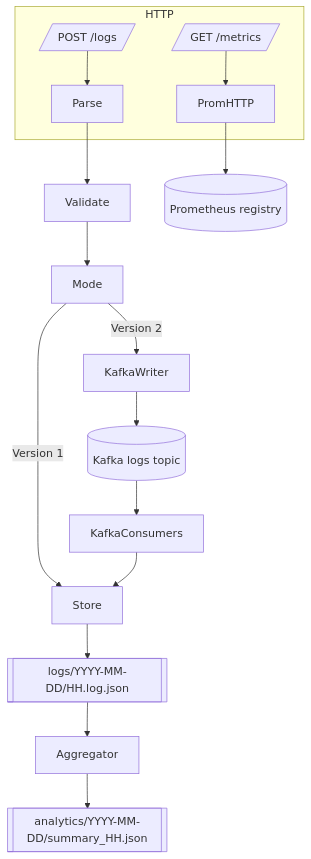
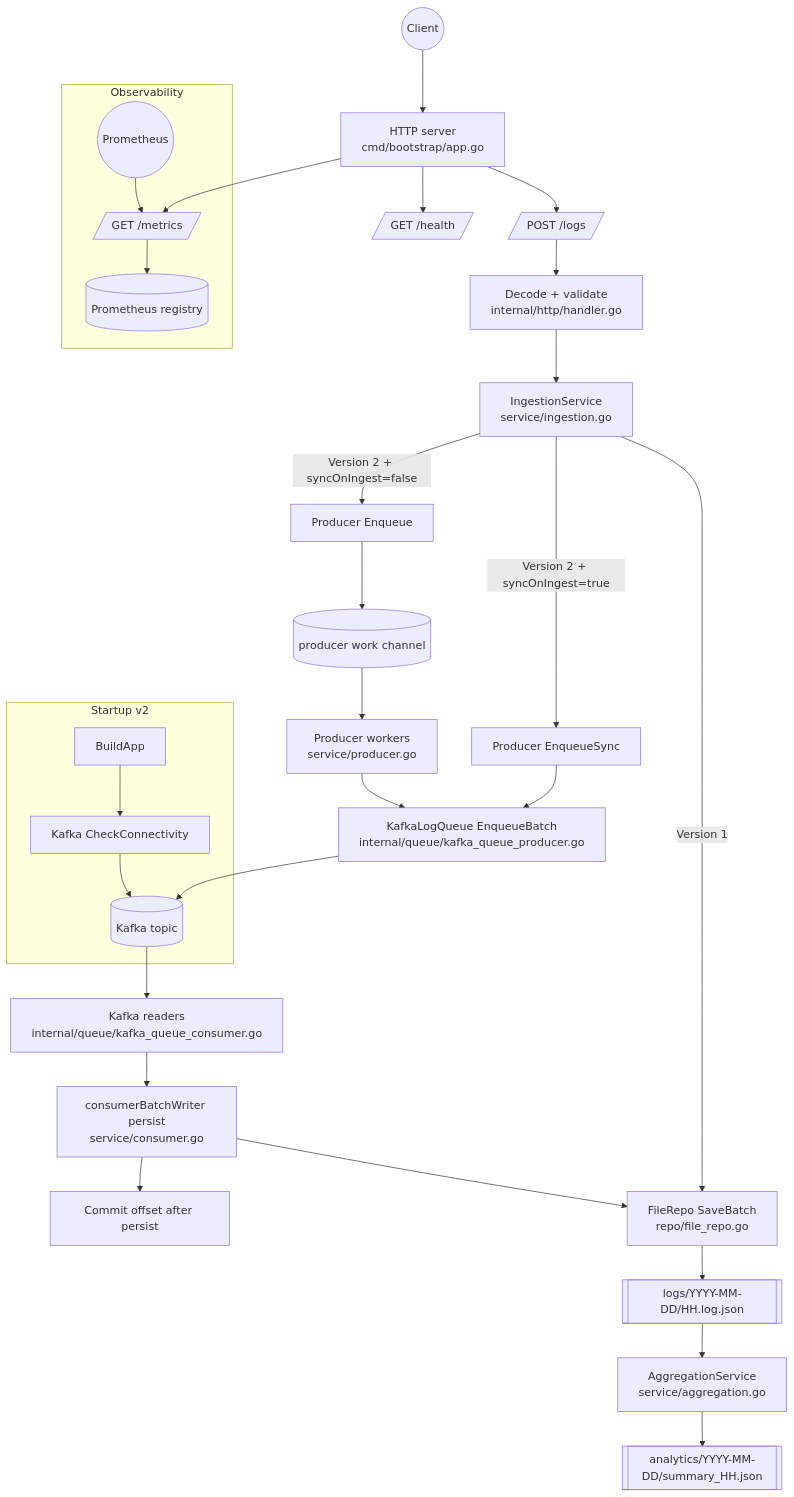
One commit to lechuhuuha/log_forge changed the diagram in README.md. Above: the diagram before and after it, drawn with Mermaid. The commit also changed other lines of this file and 2 other files, not shown here.

Commit message:
docs: refresh interview guide and architecture diagrams

````diff
--- a/README.md
+++ b/README.md
@@ -163,19 +163,40 @@
 ```mermaid
 flowchart TD
-    subgraph HTTP
-        POST[/POST /logs/] --> Parse
-        METRICS[/GET /metrics/] --> PromHTTP
+    Client((Client)) --> API[HTTP server<br/>cmd/bootstrap/app.go]
+    API --> Logs[/POST /logs/]
+    API --> Health[/GET /health/]
+    API --> Metrics[/GET /metrics/]
+
+    Logs --> Decode[Decode + validate<br/>internal/http/handler.go]
+    Decode --> Ingestion[IngestionService<br/>service/ingestion.go]
+
+    Ingestion -->|Version 1| FileRepo[FileRepo SaveBatch<br/>repo/file_repo.go]
+    Ingestion -->|Version 2 + syncOnIngest=true| EnqueueSync[Producer EnqueueSync]
+    Ingestion -->|Version 2 + syncOnIngest=false| EnqueueAsync[Producer Enqueue]
+
+    EnqueueAsync --> WorkCh[(producer work channel)]
+    WorkCh --> Workers[Producer workers<br/>service/producer.go]
+    EnqueueSync --> KafkaWrite[KafkaLogQueue EnqueueBatch<br/>internal/queue/kafka_queue_producer.go]
+    Workers --> KafkaWrite
+    KafkaWrite --> Topic[(Kafka topic)]
+
+    Topic --> Readers[Kafka readers<br/>internal/queue/kafka_queue_consumer.go]
+    Readers --> Writer[consumerBatchWriter persist<br/>service/consumer.go]
+    Writer --> FileRepo
+    Writer --> Commit[Commit offset after persist]
+
+    FileRepo --> LogsFile[[logs/YYYY-MM-DD/HH.log.json]]
+    LogsFile --> Aggregator[AggregationService<br/>service/aggregation.go]
+    Aggregator --> Analytics[[analytics/YYYY-MM-DD/summary_HH.json]]
+
+    subgraph Startup v2
+        Build[BuildApp] --> Check[Kafka CheckConnectivity]
+        Check --> Topic
     end
 
-    Parse --> Validate --> Mode
-    Mode -->|Version 1| Store
-    Mode -->|Version 2| KafkaWriter
-
-    KafkaWriter --> KafkaTopic[(Kafka logs topic)] --> KafkaConsumers
-    KafkaConsumers --> Store
-
-    Store --> Files[[logs/YYYY-MM-DD/HH.log.json]] --> Aggregator
-    Aggregator --> Analytics[[analytics/YYYY-MM-DD/summary_HH.json]]
-
-    PromHTTP --> Metrics[(Prometheus registry)]
+    subgraph Observability
+        Registry[(Prometheus registry)]
+        Prom((Prometheus)) --> Metrics
+        Metrics --> Registry
+    end
 ```
````
